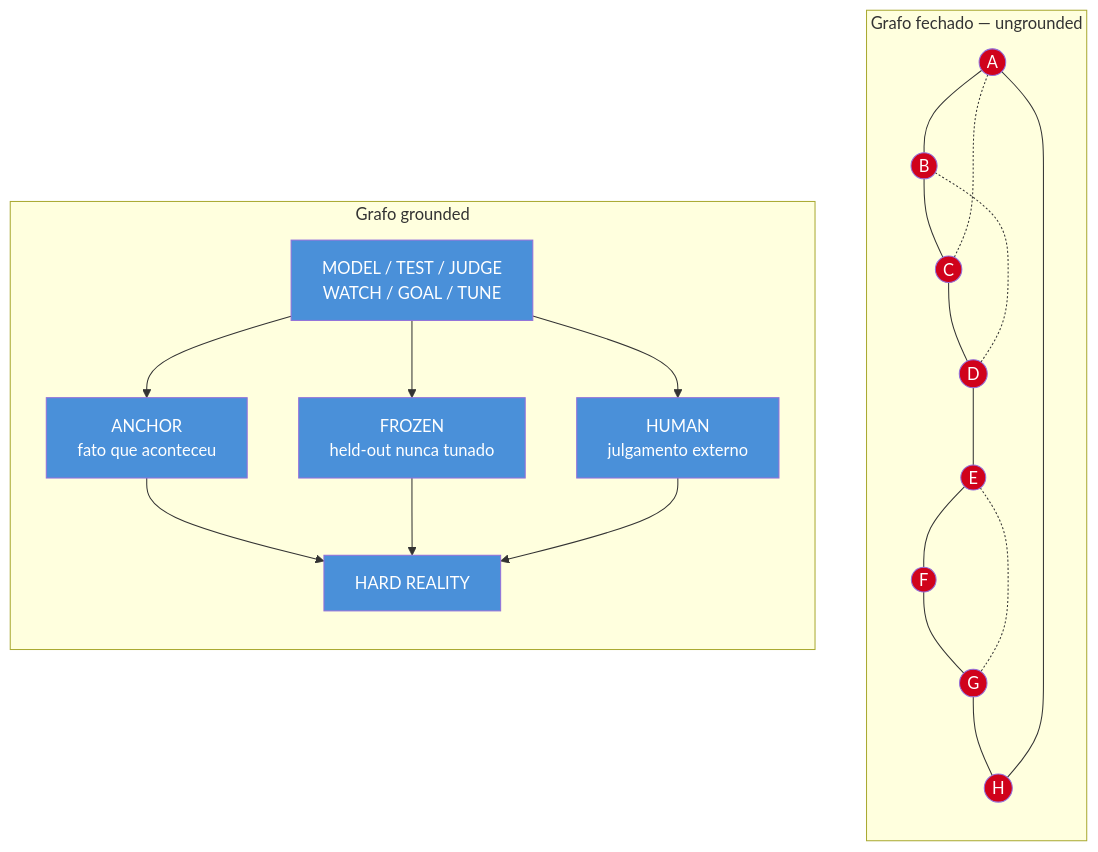
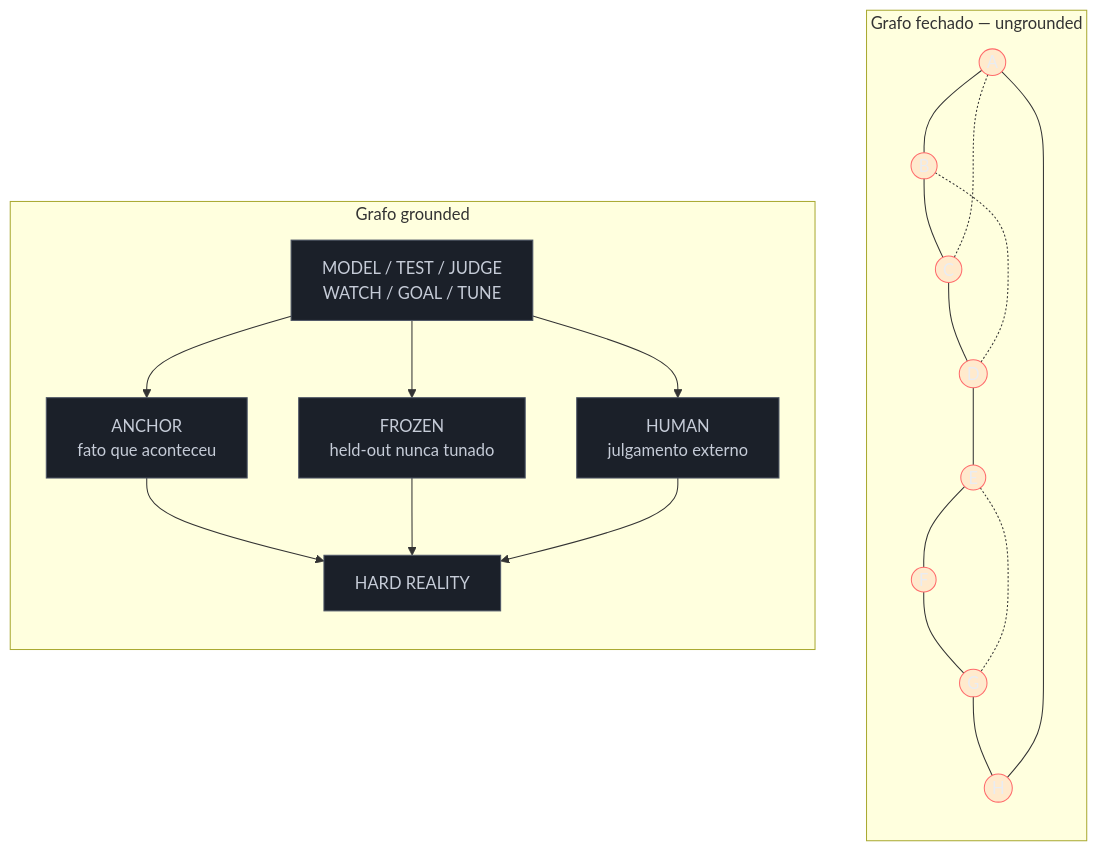
The diagram in 03-Dominios/Tecnologia/IA/Evolução da Engenharia de IA/07 - Grounded vs ungrounded — tocar a realidade.md (josenaldo/codex-technomanticus), drawn with Mermaid before and after one commit. The commit also changed 1181 other files, not shown here.

First line of the commit message:
fix(diagramas): paleta do sistema no lugar de cor cravada no markdown

````diff
--- a/03-Dominios/Tecnologia/IA/Evolução da Engenharia de IA/07 - Grounded vs ungrounded — tocar a realidade.md
+++ b/03-Dominios/Tecnologia/IA/Evolução da Engenharia de IA/07 - Grounded vs ungrounded — tocar a realidade.md
@@ -114,43 +114,45 @@
 ```mermaid
 flowchart TB
+    classDef falha fill:#FF6B6B24,stroke:#FF6B6B,color:#E9ECF2
+    classDef neutro fill:#1B2029,stroke:#4E5666,color:#C6CCD8
     subgraph G1["Grafo fechado — ungrounded"]
         direction TB
         A1((A)) --- B1((B))
         B1 --- C1((C))
         C1 --- D1((D))
         D1 --- E1((E))
         E1 --- F1((F))
         F1 --- G1n((G))
         G1n --- H1((H))
         H1 --- A1
         A1 -.- C1
         B1 -.- D1
         E1 -.- G1n
     end
 
     subgraph G2["Grafo grounded"]
         direction TB
         M["MODEL / TEST / JUDGE<br/>WATCH / GOAL / TUNE"]
         M --> ANC["ANCHOR<br/>fato que aconteceu"]
         M --> FRZ["FROZEN<br/>held-out nunca tunado"]
         M --> HUM["HUMAN<br/>julgamento externo"]
         ANC --> R["HARD REALITY"]
         FRZ --> R
         HUM --> R
     end
 
-    style G1n fill:#D0021B,color:#fff
-    style A1 fill:#D0021B,color:#fff
-    style B1 fill:#D0021B,color:#fff
-    style C1 fill:#D0021B,color:#fff
-    style D1 fill:#D0021B,color:#fff
-    style E1 fill:#D0021B,color:#fff
-    style F1 fill:#D0021B,color:#fff
-    style H1 fill:#D0021B,color:#fff
+    class G1n falha
+    class A1 falha
+    class B1 falha
+    class C1 falha
+    class D1 falha
+    class E1 falha
+    class F1 falha
+    class H1 falha
 
-    style M fill:#4A90D9,color:#fff
-    style ANC fill:#4A90D9,color:#fff
-    style FRZ fill:#4A90D9,color:#fff
-    style HUM fill:#4A90D9,color:#fff
-    style R fill:#4A90D9,color:#fff
+    class M neutro
+    class ANC neutro
+    class FRZ neutro
+    class HUM neutro
+    class R neutro
 ```
````
